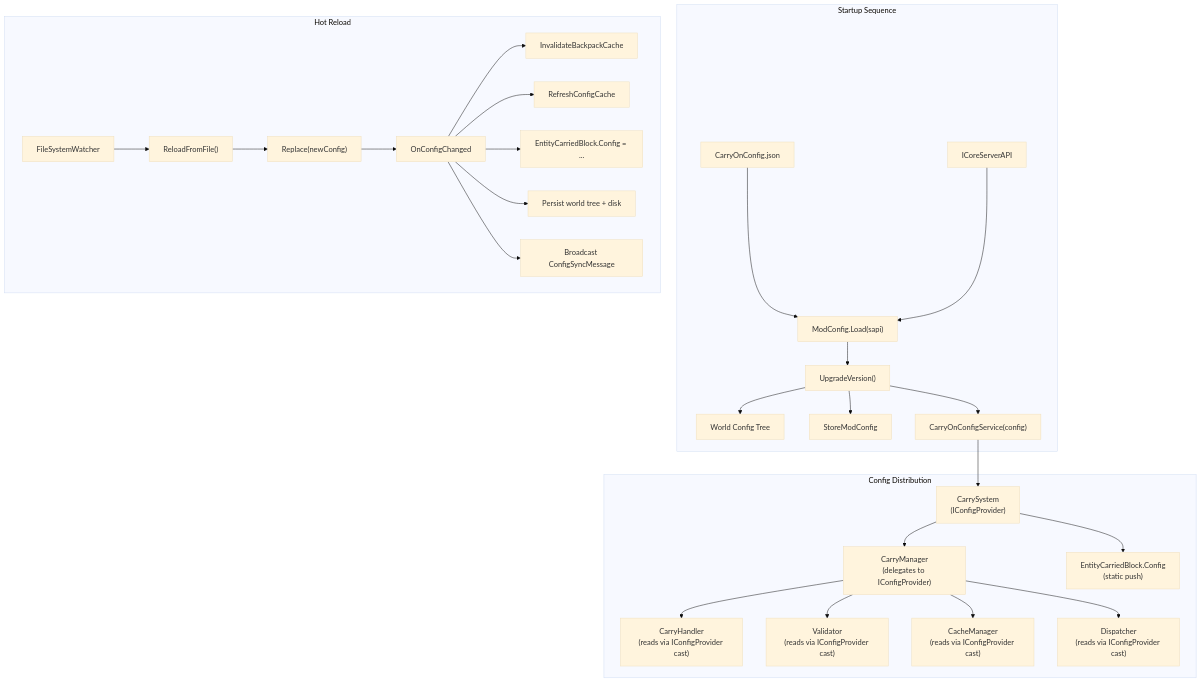
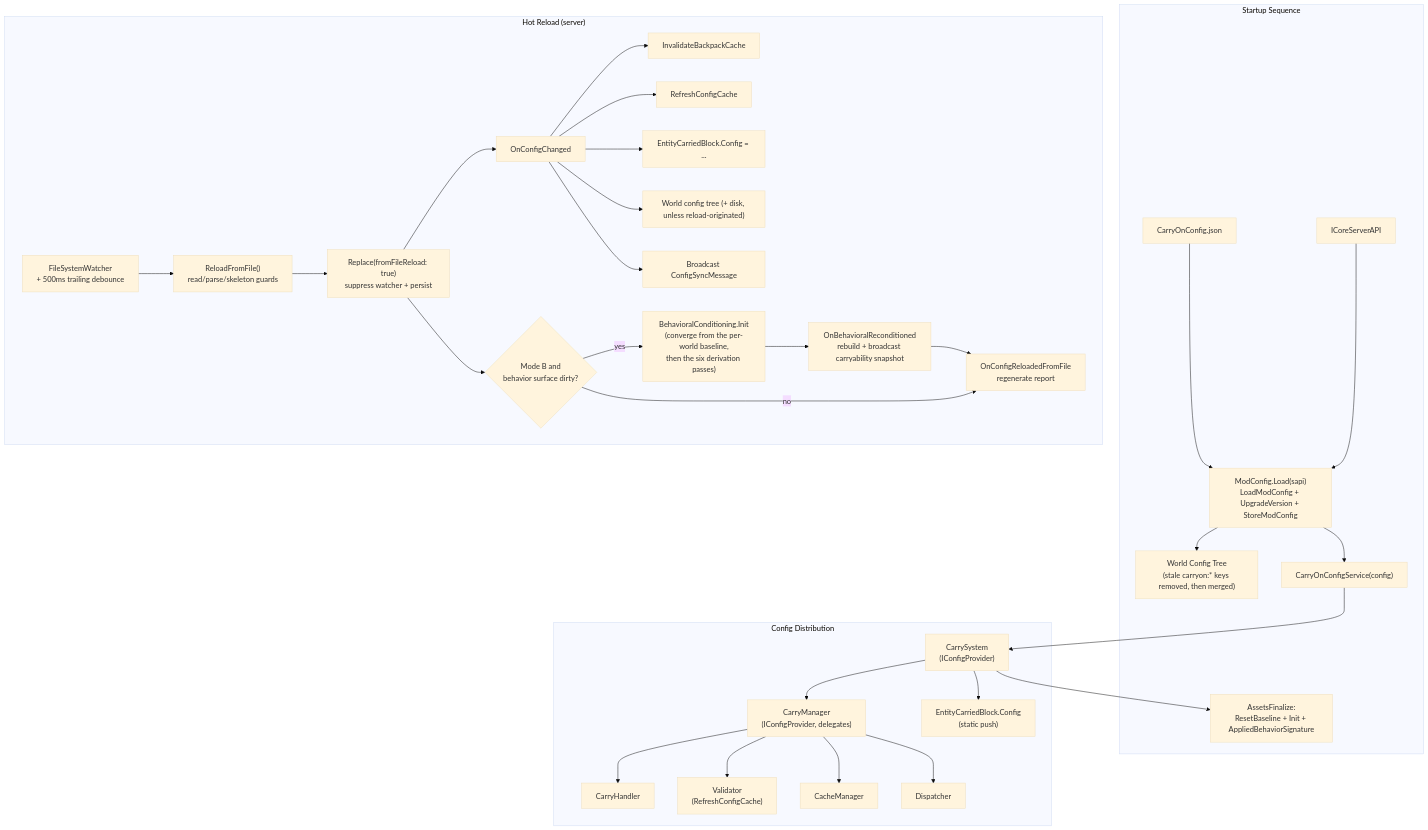
Before and after one commit to NerdScurvy/CarryOn: the seventh of 7 diagrams in docs/technical-overview/config-initialization-and-flow.md, drawn with Mermaid (base theme). The commit also changed other lines of this file and 392 other files, not shown here.

````diff
--- a/docs/technical-overview/config-initialization-and-flow.md
+++ b/docs/technical-overview/config-initialization-and-flow.md
@@ -276,56 +505,60 @@
 ```mermaid
 flowchart TB
     subgraph Startup["Startup Sequence"]
         disk["CarryOnConfig.json"]
         sapi["ICoreServerAPI"]
-        modcfg["ModConfig.Load(sapi)"]
-        upgrade["UpgradeVersion()"]
-        worldtree["World Config Tree"]
-        store["StoreModConfig"]
+        modcfg["ModConfig.Load(sapi)<br>LoadModConfig + UpgradeVersion + StoreModConfig"]
+        worldtree["World Config Tree<br>(stale carryon:* keys removed, then merged)"]
         csc["CarryOnConfigService(config)"]
+        bootsig["AssetsFinalize:<br>ResetBaseline + Init + AppliedBehaviorSignature"]
     end
 
     subgraph Distribution["Config Distribution"]
         cs["CarrySystem<br>(IConfigProvider)"]
-        cm["CarryManager<br>(delegates to IConfigProvider)"]
-        ch["CarryHandler<br>(reads via IConfigProvider cast)"]
-        cv["Validator<br>(reads via IConfigProvider cast)"]
-        rcm["CacheManager<br>(reads via IConfigProvider cast)"]
-        rd["Dispatcher<br>(reads via IConfigProvider cast)"]
+        cm["CarryManager<br>(IConfigProvider, delegates)"]
+        ch["CarryHandler"]
+        cv["Validator<br>(RefreshConfigCache)"]
+        rcm["CacheManager"]
+        rd["Dispatcher"]
         ecb["EntityCarriedBlock.Config<br>(static push)"]
     end
 
-    subgraph HotReload["Hot Reload"]
-        fw["FileSystemWatcher"]
-        reload["ReloadFromFile()"]
-        replace["Replace(newConfig)"]
+    subgraph HotReload["Hot Reload (server)"]
+        fw["FileSystemWatcher<br>+ 500ms trailing debounce"]
+        reload["ReloadFromFile()<br>read/parse/skeleton guards"]
+        replace["Replace(fromFileReload: true)<br>suppress watcher + persist"]
         evt["OnConfigChanged"]
         inv_bp["InvalidateBackpackCache"]
         inv_v["RefreshConfigCache"]
         push_ecb["EntityCarriedBlock.Config = ..."]
-        persist["Persist world tree + disk"]
+        persist["World config tree (+ disk, unless reload-originated)"]
         broadcast["Broadcast ConfigSyncMessage"]
+        gate{"Mode B and<br>behavior surface dirty?"}
+        recon["BehavioralConditioning.Init<br>(converge from the per-world baseline,<br>then the six derivation passes)"]
+        snap["OnBehavioralReconditioned<br>rebuild + broadcast carryability snapshot"]
+        reloaded["OnConfigReloadedFromFile<br>regenerate report"]
     end
 
     disk --> modcfg
     sapi --> modcfg
-    modcfg --> upgrade
-    upgrade --> worldtree
-    upgrade --> store
-    upgrade --> csc
-
+    modcfg --> worldtree
+    modcfg --> csc
     csc --> cs
+    cs --> bootsig
     cs --> cm
     cm --> ch
     cm --> cv
     cm --> rcm
     cm --> rd
     cs --> ecb
 
     fw --> reload --> replace --> evt
     evt --> inv_bp
     evt --> inv_v
     evt --> push_ecb
     evt --> persist
     evt --> broadcast
+    replace --> gate
+    gate -->|yes| recon --> snap --> reloaded
+    gate -->|no| reloaded
 ```
````
